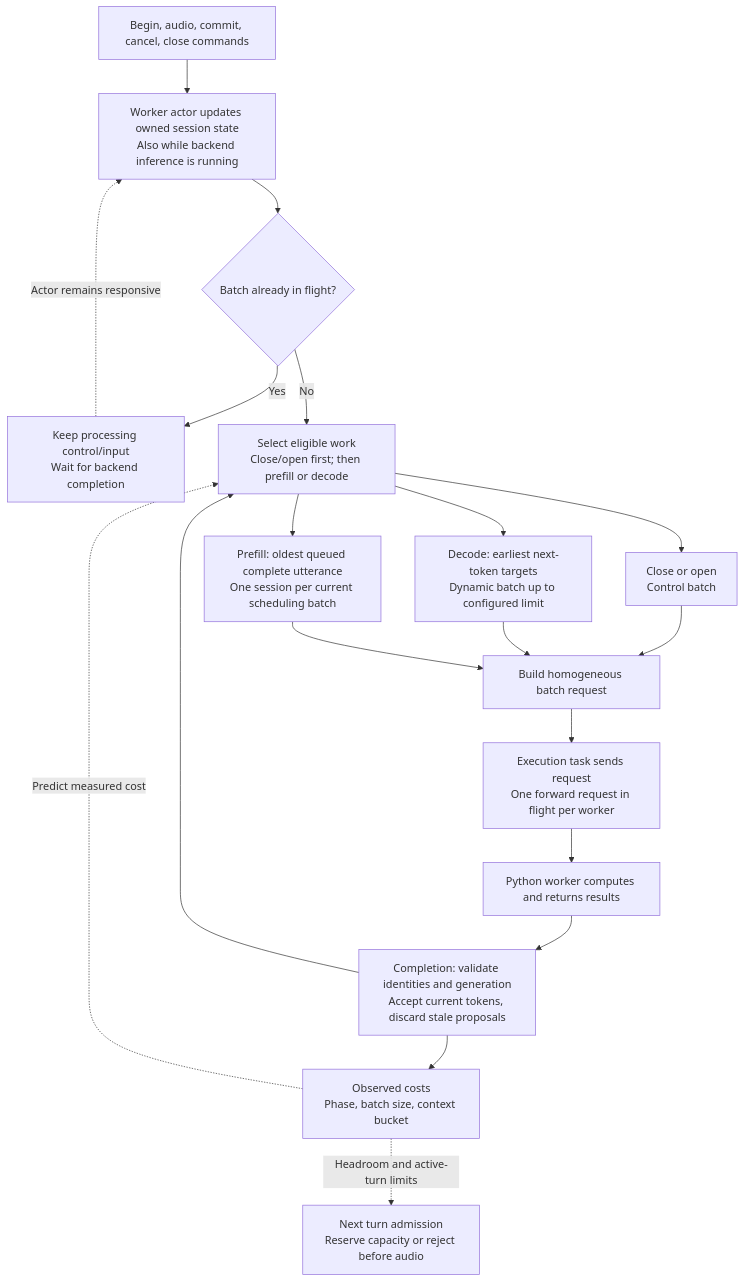
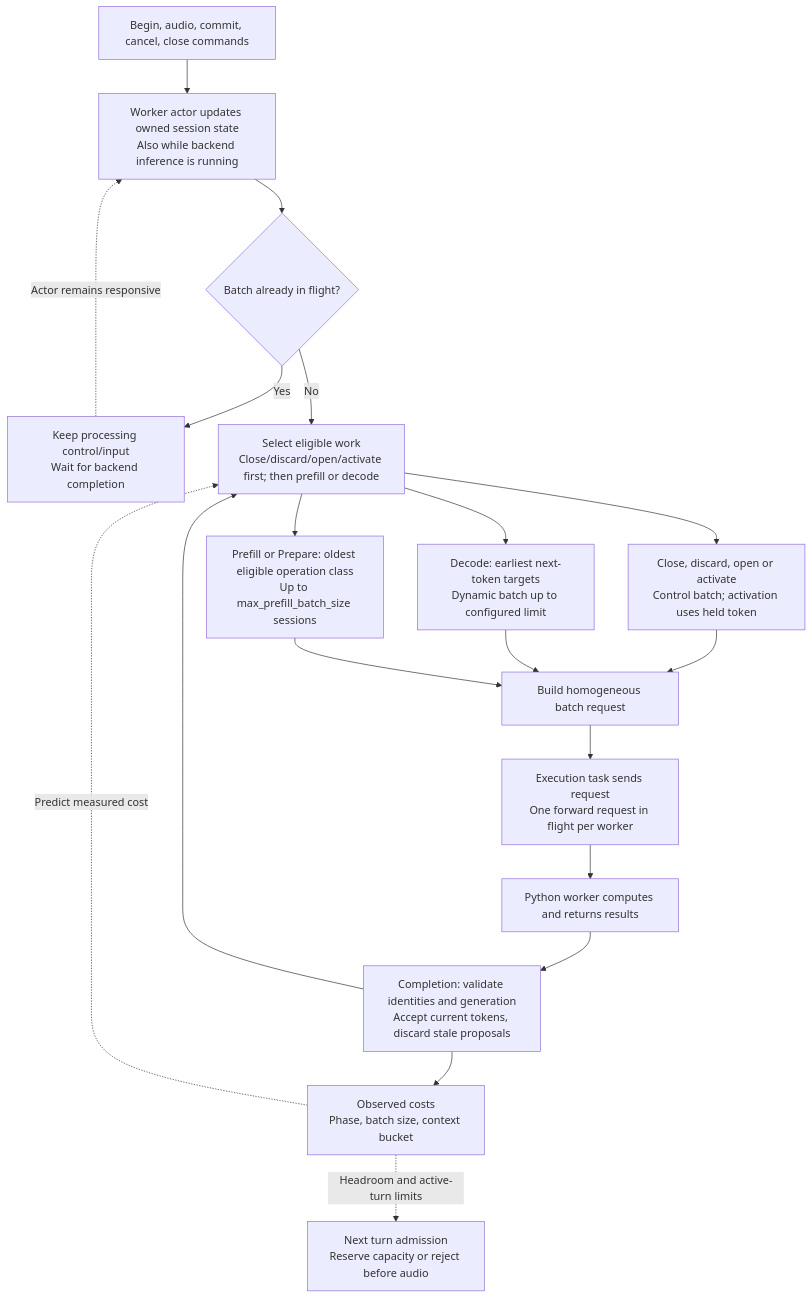
One commit to BertilBraun/rust-speech-runtime changed the fifth of 7 diagrams in docs/ARCHITECTURE.md. Above: the diagram before and after it, drawn with Mermaid. The commit also changed other lines of this file and 40 other files, not shown here.

````diff
--- a/docs/ARCHITECTURE.md
+++ b/docs/ARCHITECTURE.md
@@ -233,29 +234,29 @@
 ```mermaid
 flowchart TB
     commands["Begin, audio, commit, cancel, close commands"]
     state["Worker actor updates owned session state<br/>Also while backend inference is running"]
     busy{"Batch already in flight?"}
     wait["Keep processing control/input<br/>Wait for backend completion"]
     completion["Completion: validate identities and generation<br/>Accept current tokens, discard stale proposals"]
     costs["Observed costs<br/>Phase, batch size, context bucket"]
-    selection["Select eligible work<br/>Close/open first; then prefill or decode"]
-    control["Close or open<br/>Control batch"]
+    selection["Select eligible work<br/>Close/discard/open/activate first; then prefill or decode"]
+    control["Close, discard, open or activate<br/>Control batch; activation uses held token"]
     decode["Decode: earliest next-token targets<br/>Dynamic batch up to configured limit"]
-    prefill["Prefill: oldest queued complete utterance<br/>One session per current scheduling batch"]
+    prefill["Prefill or Prepare: oldest eligible operation class<br/>Up to max_prefill_batch_size sessions"]
     build["Build homogeneous batch request"]
     execution["Execution task sends request<br/>One forward request in flight per worker"]
     backend["Python worker computes and returns results"]
     admission["Next turn admission<br/>Reserve capacity or reject before audio"]
     commands --> state --> busy
     busy -->|"Yes"| wait
     busy -->|"No"| selection
     backend --> completion --> costs
     completion --> selection
     wait -.->|"Actor remains responsive"| state
     selection --> control --> build
     selection --> decode --> build
     selection --> prefill --> build
     build --> execution --> backend
     costs -.->|"Predict measured cost"| selection
     costs -.->|"Headroom and active-turn limits"| admission
 ```
````
